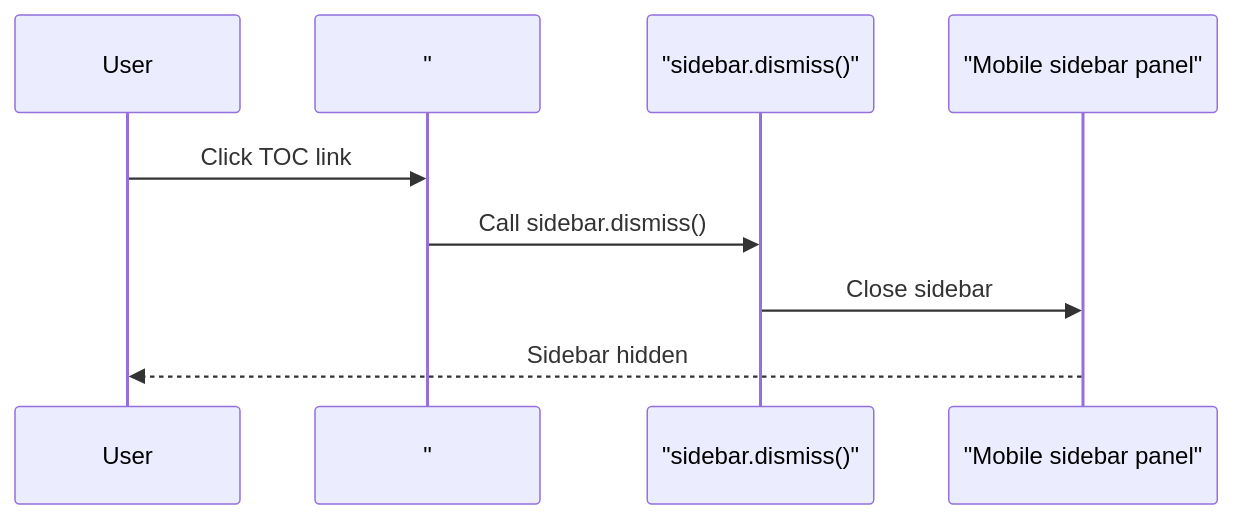
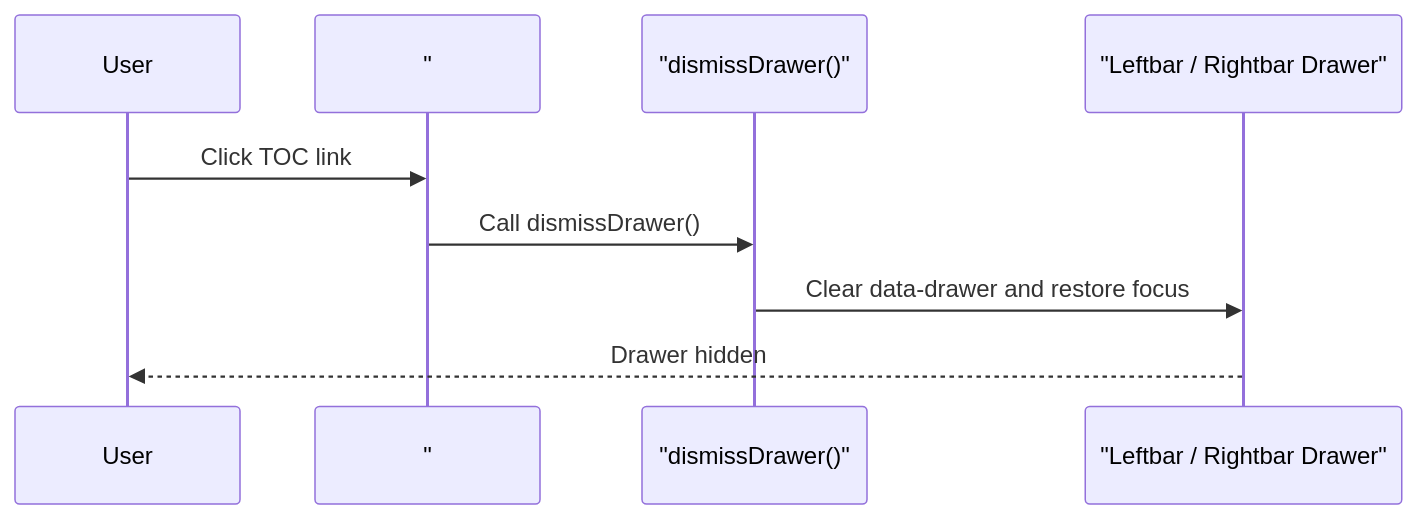
One commit to xaoxuu/hexo-theme-stellar changed the sixth of 6 diagrams in docs/knowledge/05-前端交互/tabs-utils.md. Above: the diagram before and after it, drawn with Mermaid. The commit also changed other lines of this file and 287 other files, not shown here.

````diff
--- a/docs/knowledge/05-前端交互/tabs-utils.md
+++ b/docs/knowledge/05-前端交互/tabs-utils.md
@@ -339,12 +339,12 @@
 ```mermaid
 sequenceDiagram
     participant User
     participant TOCLink as "#data-toc a.toc-link"
-    participant SidebarModule as "sidebar.dismiss()"
-    participant MobileSidebar as "Mobile sidebar panel"
+    participant Shell as "dismissDrawer()"
+    participant Drawer as "Leftbar / Rightbar Drawer"
     
     User->>TOCLink: Click TOC link
-    TOCLink->>SidebarModule: Call sidebar.dismiss()
-    SidebarModule->>MobileSidebar: Close sidebar
-    MobileSidebar-->>User: Sidebar hidden
+    TOCLink->>Shell: Call dismissDrawer()
+    Shell->>Drawer: Clear data-drawer and restore focus
+    Drawer-->>User: Drawer hidden
 ```
````
